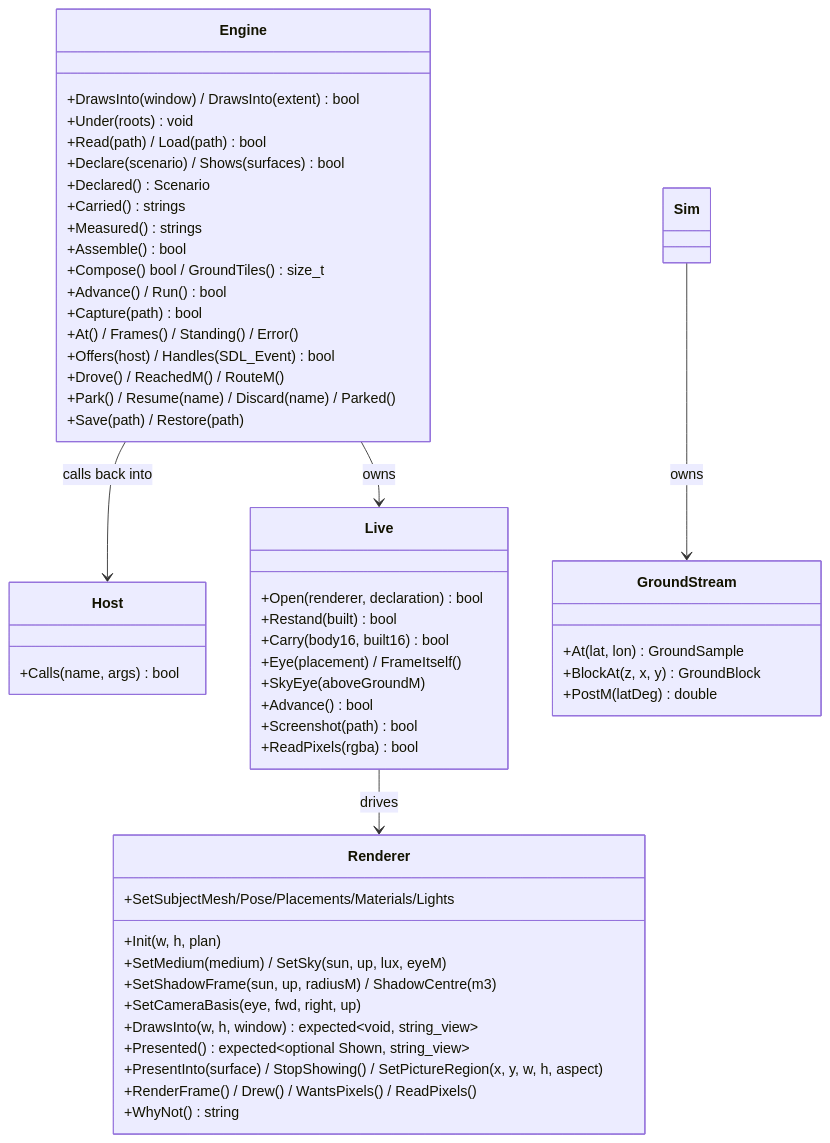
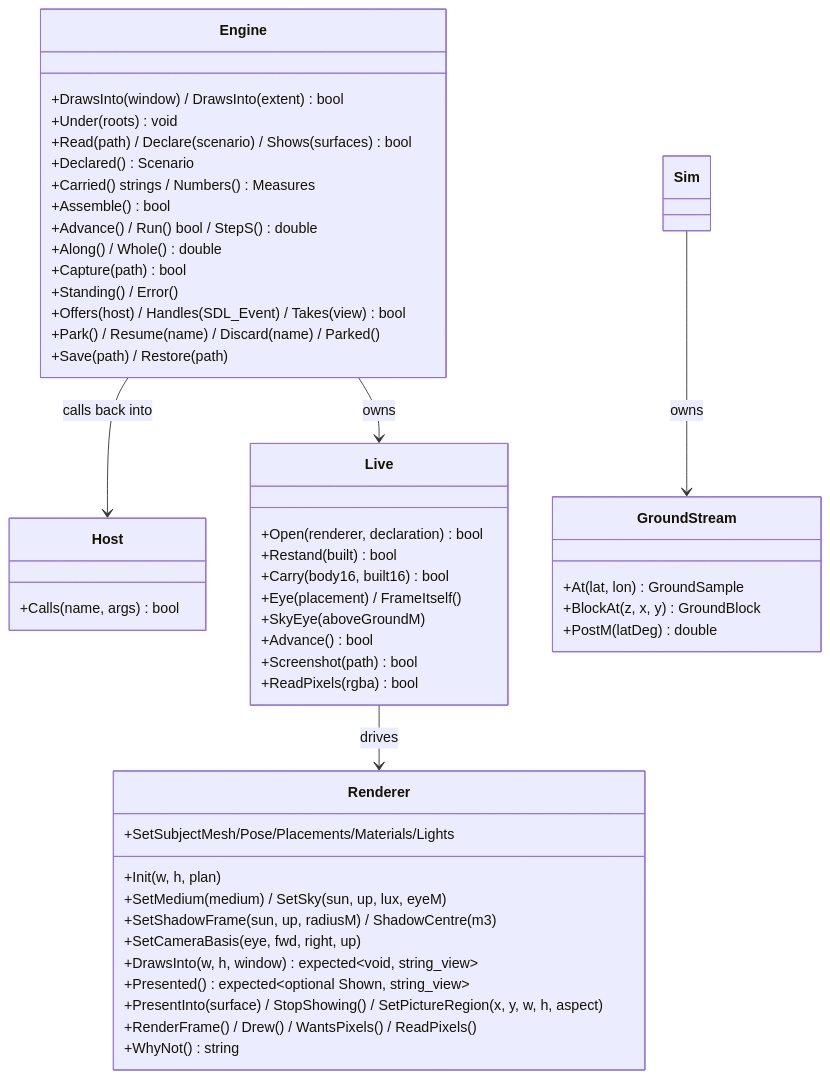
The eighth of 11 diagrams in CLAUDE.md (Weichwolf/outshine), drawn with Mermaid before and after one commit. The commit also changed other lines of this file, not shown here.

Commit message:
CLAUDE.md's CURRENT door is the door that stands: three headers, and the Engine class lists the verbs the header holds

````diff
--- a/CLAUDE.md
+++ b/CLAUDE.md
@@ -277,56 +277,53 @@
 ```mermaid
 classDiagram
   direction TB
   class Engine {
     +DrawsInto(window) / DrawsInto(extent) bool
     +Under(roots) void
-    +Read(path) / Load(path) bool
-    +Declare(scenario) / Shows(surfaces) bool
+    +Read(path) / Declare(scenario) / Shows(surfaces) bool
     +Declared() Scenario
-    +Carried() strings
-    +Measured() strings
+    +Carried() strings / Numbers() Measures
     +Assemble() bool
-    +Compose() bool / GroundTiles() size_t
-    +Advance() / Run() bool
+    +Advance() / Run() bool / StepS() double
+    +Along() / Whole() double
     +Capture(path) bool
-    +At() / Frames() / Standing() / Error()
-    +Offers(host) / Handles(SDL_Event) bool
-    +Drove() / ReachedM() / RouteM()
+    +Standing() / Error()
+    +Offers(host) / Handles(SDL_Event) / Takes(view) bool
     +Park() / Resume(name) / Discard(name) / Parked()
     +Save(path) / Restore(path)
   }
   class Host {
     +Calls(name, args) bool
   }
   class Live {
     +Open(renderer, declaration) bool
     +Restand(built) bool
     +Carry(body16, built16) bool
     +Eye(placement) / FrameItself()
     +SkyEye(aboveGroundM)
     +Advance() bool
     +Screenshot(path) bool
     +ReadPixels(rgba) bool
   }
   class Renderer {
     +Init(w, h, plan)
     +SetSubjectMesh/Pose/Placements/Materials/Lights
     +SetMedium(medium) / SetSky(sun, up, lux, eyeM)
     +SetShadowFrame(sun, up, radiusM) / ShadowCentre(m3)
     +SetCameraBasis(eye, fwd, right, up)
     +DrawsInto(w, h, window) expected~void, string_view~
     +Presented() expected~optional Shown, string_view~
     +PresentInto(surface) / StopShowing() / SetPictureRegion(x, y, w, h, aspect)
     +RenderFrame() / Drew() / WantsPixels() / ReadPixels()
     +WhyNot() string
   }
   class GroundStream {
     +At(lat, lon) GroundSample
     +BlockAt(z, x, y) GroundBlock
     +PostM(latDeg) double
   }
   Engine --> Host : calls back into
   Engine --> Live : owns
   Live --> Renderer : drives
   Sim --> GroundStream : owns
 ```
````
